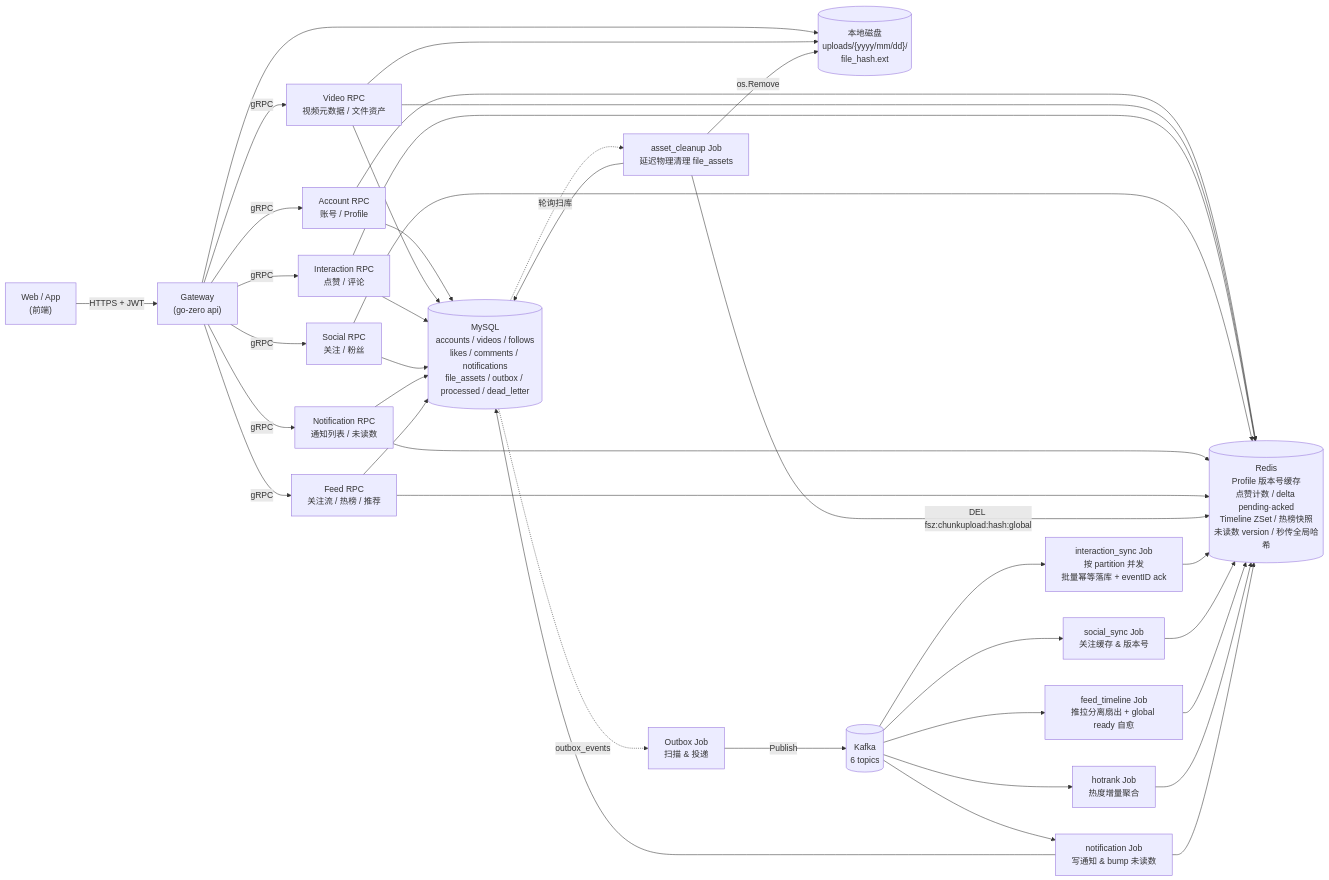
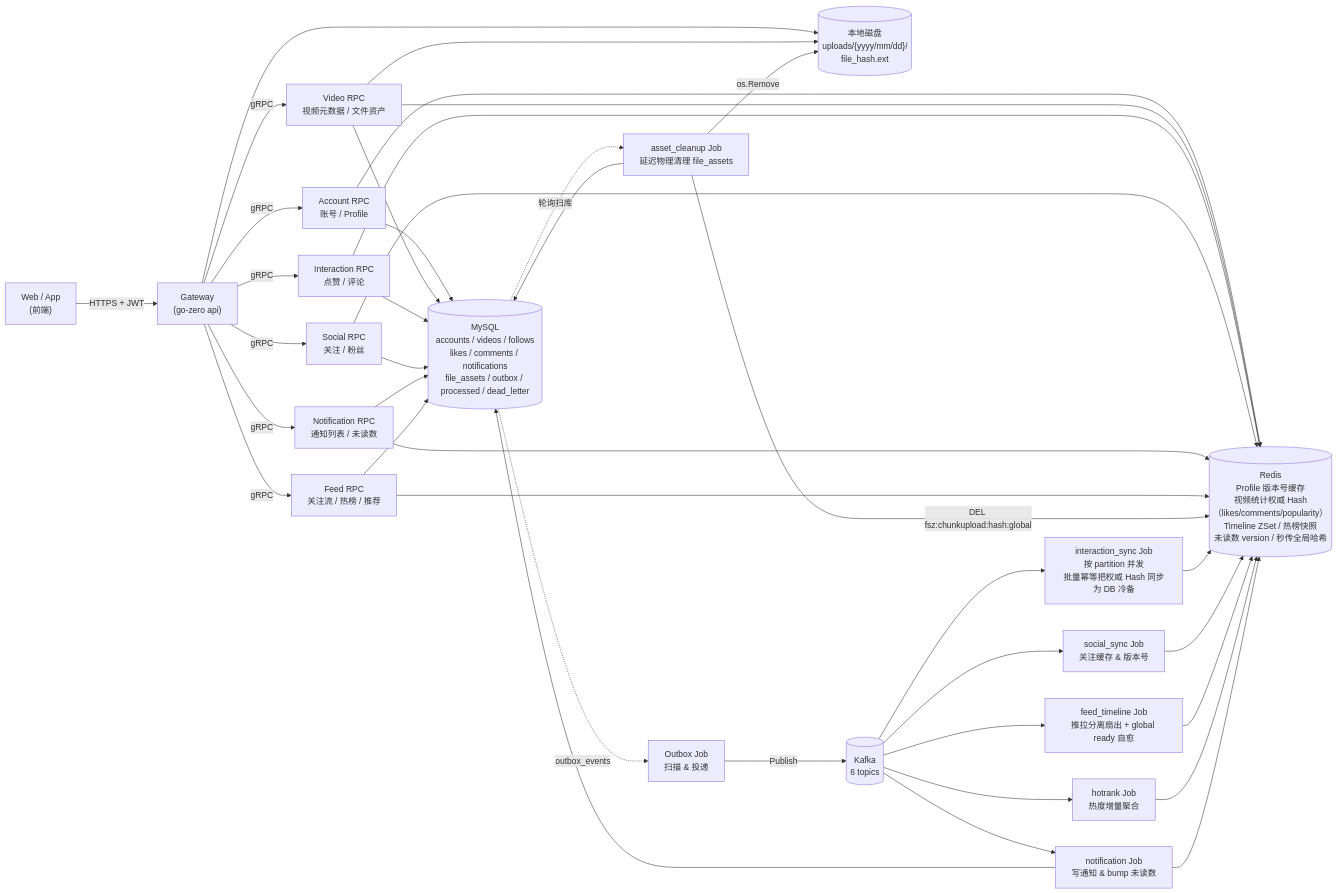
Before and after one commit to Redeemz473/feedsystem-zero: the first of 23 diagrams in docs/PROJECT_OVERVIEW.md, drawn with Mermaid. The commit also changed other lines of this file and 16 other files, not shown here.

First line of the commit message:
refactor(interaction): switch video stats to Redis-authoritative Hash (Plan B) and update docs

````diff
--- a/docs/PROJECT_OVERVIEW.md
+++ b/docs/PROJECT_OVERVIEW.md
@@ -61,49 +61,49 @@
 ```mermaid
 flowchart LR
     Client["Web / App<br/>(前端)"] -->|HTTPS + JWT| Gateway["Gateway<br/>(go-zero api)"]
 
     Gateway -->|gRPC| Account["Account RPC<br/>账号 / Profile"]
     Gateway -->|gRPC| Video["Video RPC<br/>视频元数据 / 文件资产"]
     Gateway -->|gRPC| Interaction["Interaction RPC<br/>点赞 / 评论"]
     Gateway -->|gRPC| Social["Social RPC<br/>关注 / 粉丝"]
     Gateway -->|gRPC| Notification["Notification RPC<br/>通知列表 / 未读数"]
     Gateway -->|gRPC| Feed["Feed RPC<br/>关注流 / 热榜 / 推荐"]
 
     Account --> MySQL[("MySQL<br/>accounts / videos / follows<br/>likes / comments / notifications<br/>file_assets / outbox / processed / dead_letter")]
     Video --> MySQL
     Interaction --> MySQL
     Social --> MySQL
     Notification --> MySQL
 
-    Account --> Redis[("Redis<br/>Profile 版本号缓存<br/>点赞计数 / delta pending·acked<br/>Timeline ZSet / 热榜快照<br/>未读数 version / 秒传全局哈希")]
+    Account --> Redis[("Redis<br/>Profile 版本号缓存<br/>视频统计权威 Hash（likes/comments/popularity）<br/>Timeline ZSet / 热榜快照<br/>未读数 version / 秒传全局哈希")]
     Video --> Redis
     Interaction --> Redis
     Social --> Redis
     Notification --> Redis
     Feed --> Redis
     Feed --> MySQL
 
     Gateway --> Disk[("本地磁盘<br/>uploads/{yyyy/mm/dd}/<br/>file_hash.ext")]
     Video --> Disk
 
     MySQL -.outbox_events.-> Outbox["Outbox Job<br/>扫描 & 投递"]
     Outbox -->|Publish| Kafka[("Kafka<br/>6 topics")]
 
-    Kafka --> InteractionSync["interaction_sync Job<br/>按 partition 并发<br/>批量幂等落库 + eventID ack"]
+    Kafka --> InteractionSync["interaction_sync Job<br/>按 partition 并发<br/>批量幂等把权威 Hash 同步为 DB 冷备"]
     Kafka --> SocialSync["social_sync Job<br/>关注缓存 & 版本号"]
     Kafka --> FeedTimeline["feed_timeline Job<br/>推拉分离扇出 + global ready 自愈"]
     Kafka --> HotRank["hotrank Job<br/>热度增量聚合"]
     Kafka --> NotifJob["notification Job<br/>写通知 & bump 未读数"]
 
     MySQL -.轮询扫库.-> AssetCleanup["asset_cleanup Job<br/>延迟物理清理 file_assets"]
     AssetCleanup -->|os.Remove| Disk
     AssetCleanup -->|DEL fsz:chunkupload:hash:global| Redis
     AssetCleanup --> MySQL
 
     InteractionSync --> Redis
     SocialSync --> Redis
     FeedTimeline --> Redis
     HotRank --> Redis
     NotifJob --> MySQL
     NotifJob --> Redis
 ```
````
